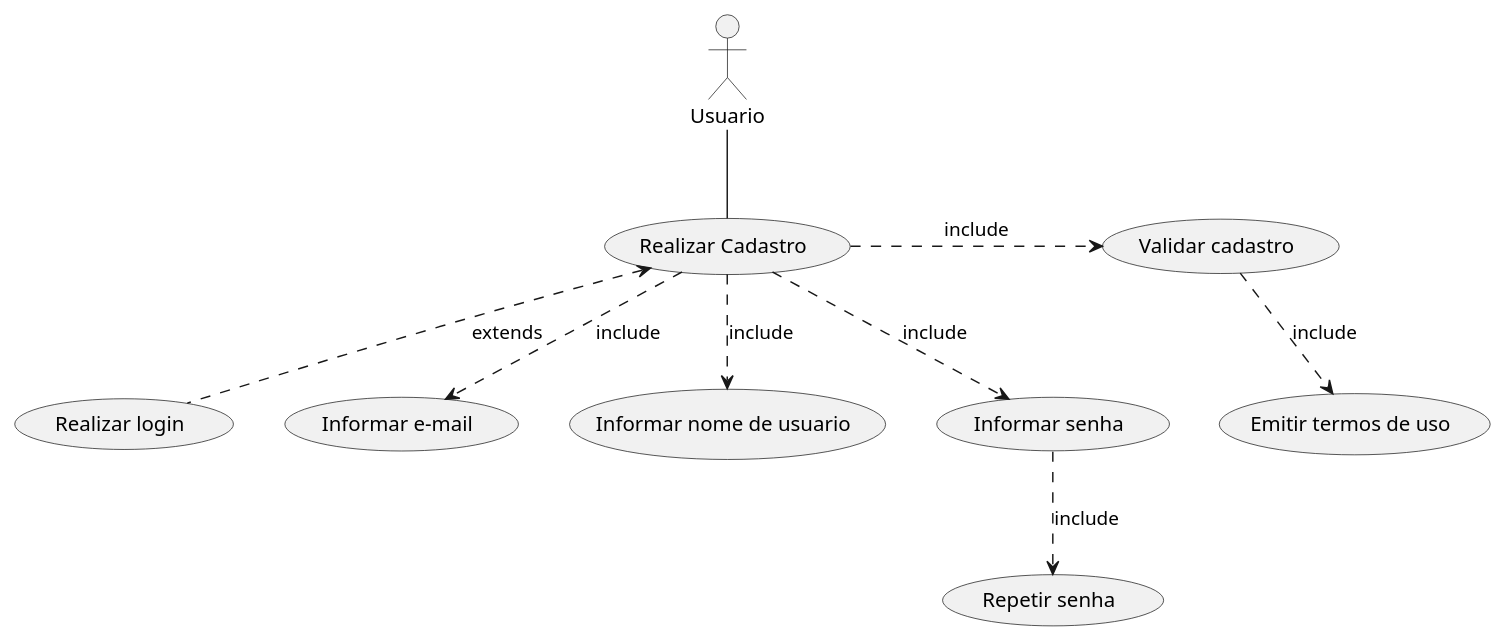
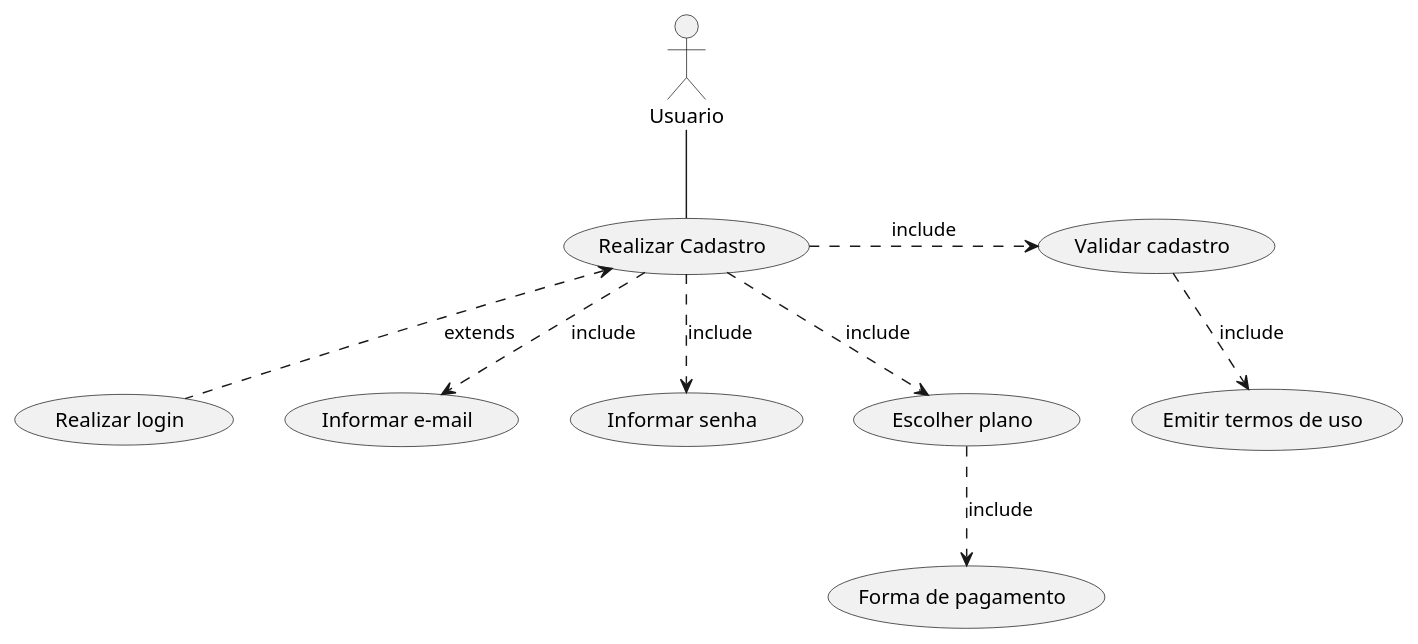
The diagram in netflix/A-Casos-de-uso/useCaseCadastro.puml (kvojps/estudo-uml), drawn with PlantUML before and after one commit. The commit also changed 5 other files, not shown here.

```diff
--- a/netflix/A-Casos-de-uso/useCaseCadastro.puml
+++ b/netflix/A-Casos-de-uso/useCaseCadastro.puml
@@ -1,11 +1,11 @@
 @startuml cadastro
 actor Usuario
 Usuario -- (Realizar Cadastro)
 (Realizar Cadastro) <.. (Realizar login) : extends
 (Realizar Cadastro) ..> (Informar e-mail) : include
-(Realizar Cadastro) ..> (Informar nome de usuario) : include
 (Realizar Cadastro) ..> (Informar senha) : include
-(Informar senha) ..> (Repetir senha) : include
+(Realizar Cadastro) ..> (Escolher plano) : include
+(Escolher plano) ..> (Forma de pagamento) : include
 (Realizar Cadastro) .> (Validar cadastro) : include
 (Validar cadastro) ..> (Emitir termos de uso) :include
 @enduml
```
